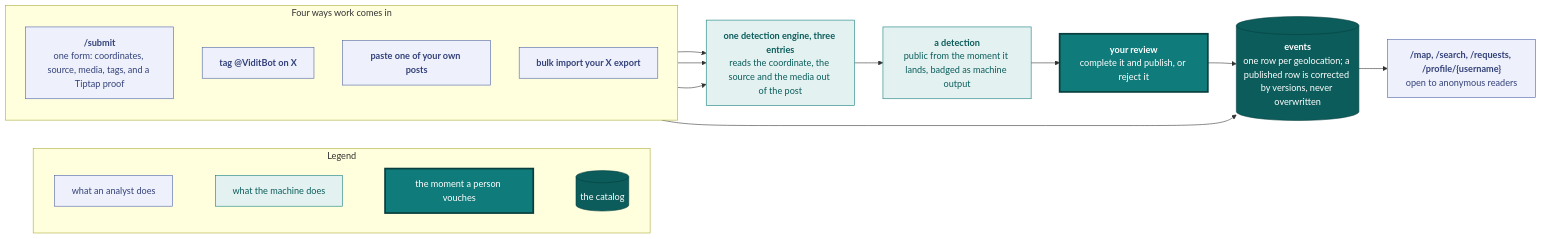
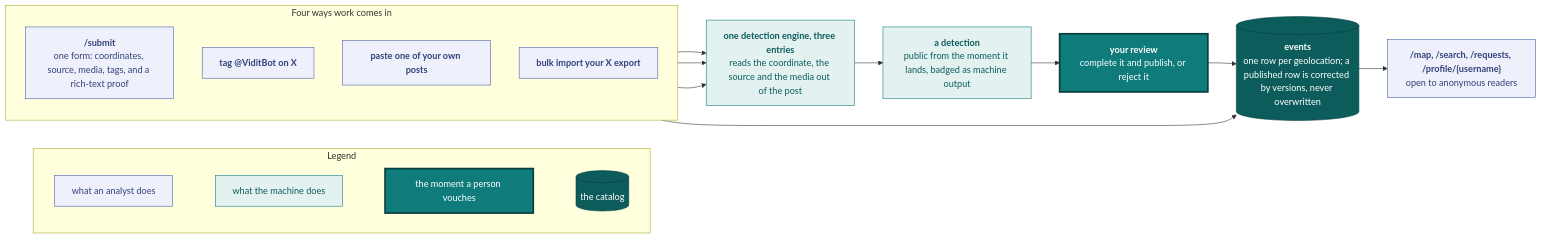
The diagram in README.md (vidithq/vidit), drawn with Mermaid before and after one commit. The commit also changed other lines of this file and 99 other files, not shown here.

````diff
--- a/README.md
+++ b/README.md
@@ -12,43 +12,43 @@
 ```mermaid
 flowchart LR
   classDef spec fill:#eef1fb,stroke:#4a5fa5,color:#33417a
   classDef shared fill:#e3f2f1,stroke:#0f7b7a,color:#0b5c5b
   classDef core fill:#0f7b7a,stroke:#083f3e,stroke-width:3px,color:#ffffff
   classDef store fill:#0b5c5b,stroke:#083f3e,color:#ffffff
 
   subgraph legend [Legend]
     direction LR
     l1["`what an analyst does`"]:::spec
     l2["`what the machine does`"]:::shared
     l3["`the moment a person vouches`"]:::core
     l4[("`the catalog`")]:::store
     l1 ~~~ l2 ~~~ l3 ~~~ l4
   end
 
   subgraph doors [Four ways work comes in]
     direction TB
     hand["`**/submit**
-    one form: coordinates, source, media, tags, and a Tiptap proof`"]:::spec
+    one form: coordinates, source, media, tags, and a rich-text proof`"]:::spec
     bot["`**tag @ViditBot on X**`"]:::spec
     paste["`**paste one of your own posts**`"]:::spec
     arch["`**bulk import your X export**`"]:::spec
   end
 
   engine["`**one detection engine, three entries**
   reads the coordinate, the source and the media out of the post`"]:::shared
   det["`**a detection**
   public from the moment it lands, badged as machine output`"]:::shared
   review["`**your review**
   complete it and publish, or reject it`"]:::core
   ev[("`**events**
   one row per geolocation; a published row is corrected by versions, never overwritten`")]:::store
   read["`**/map, /search, /requests, /profile/{username}**
   open to anonymous readers`"]:::spec
 
   hand --> ev
   bot --> engine
   paste --> engine
   arch --> engine
   engine --> det --> review --> ev
   ev --> read
 ```
````
